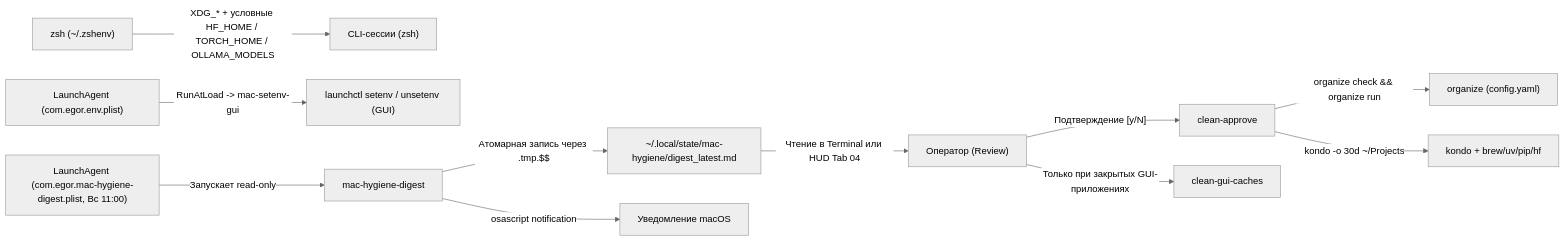
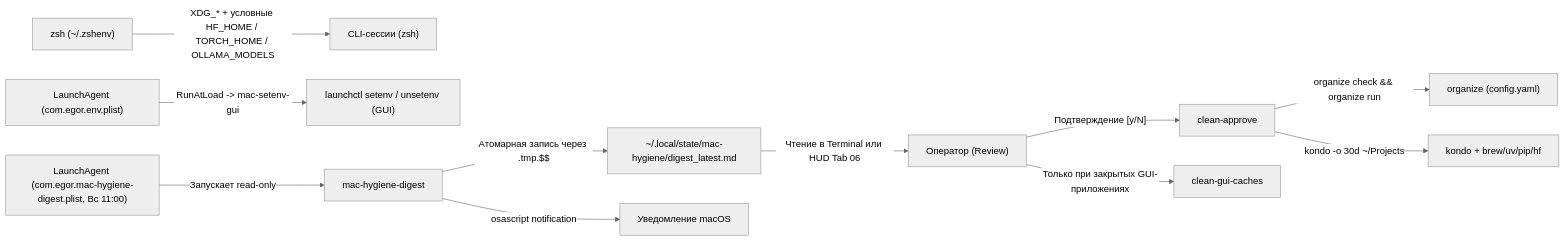
Before and after one commit to 1esan/mac-nexus: the diagram in automation/README.md, drawn with Mermaid (neutral theme). The commit also changed other lines of this file and 12 other files, not shown here.

Commit message:
docs: align all v2.0.0 API schemas, test names, and source line anchors

````diff
--- a/automation/README.md
+++ b/automation/README.md
@@ -13,13 +13,13 @@
 ```mermaid
 flowchart LR
     ZSH["zsh (~/.zshenv)"] -->|"XDG_* + условные HF_HOME / TORCH_HOME / OLLAMA_MODELS"| SHELL["CLI-сессии (zsh)"]
     LA_ENV["LaunchAgent (com.egor.env.plist)"] -->|"RunAtLoad -> mac-setenv-gui"| LAUNCHCTL["launchctl setenv / unsetenv (GUI)"]
     LA_DIGEST["LaunchAgent (com.egor.mac-hygiene-digest.plist, Вс 11:00)"] -->|"Запускает read-only"| DIGEST["mac-hygiene-digest"]
     DIGEST -->|"Атомарная запись через .tmp.$$"| MD["~/.local/state/mac-hygiene/digest_latest.md"]
     DIGEST -->|"osascript notification"| NOTIFY["Уведомление macOS"]
-    MD -->|"Чтение в Terminal или HUD Tab 04"| USER["Оператор (Review)"]
+    MD -->|"Чтение в Terminal или HUD Tab 06"| USER["Оператор (Review)"]
     USER -->|"Подтверждение [y/N]"| APPROVE["clean-approve"]
     USER -->|"Только при закрытых GUI-приложениях"| CACHES["clean-gui-caches"]
     APPROVE -->|"organize check && organize run"| ORG["organize (config.yaml)"]
     APPROVE -->|"kondo -o 30d ~/Projects"| KONDO["kondo + brew/uv/pip/hf"]
 ```
````
